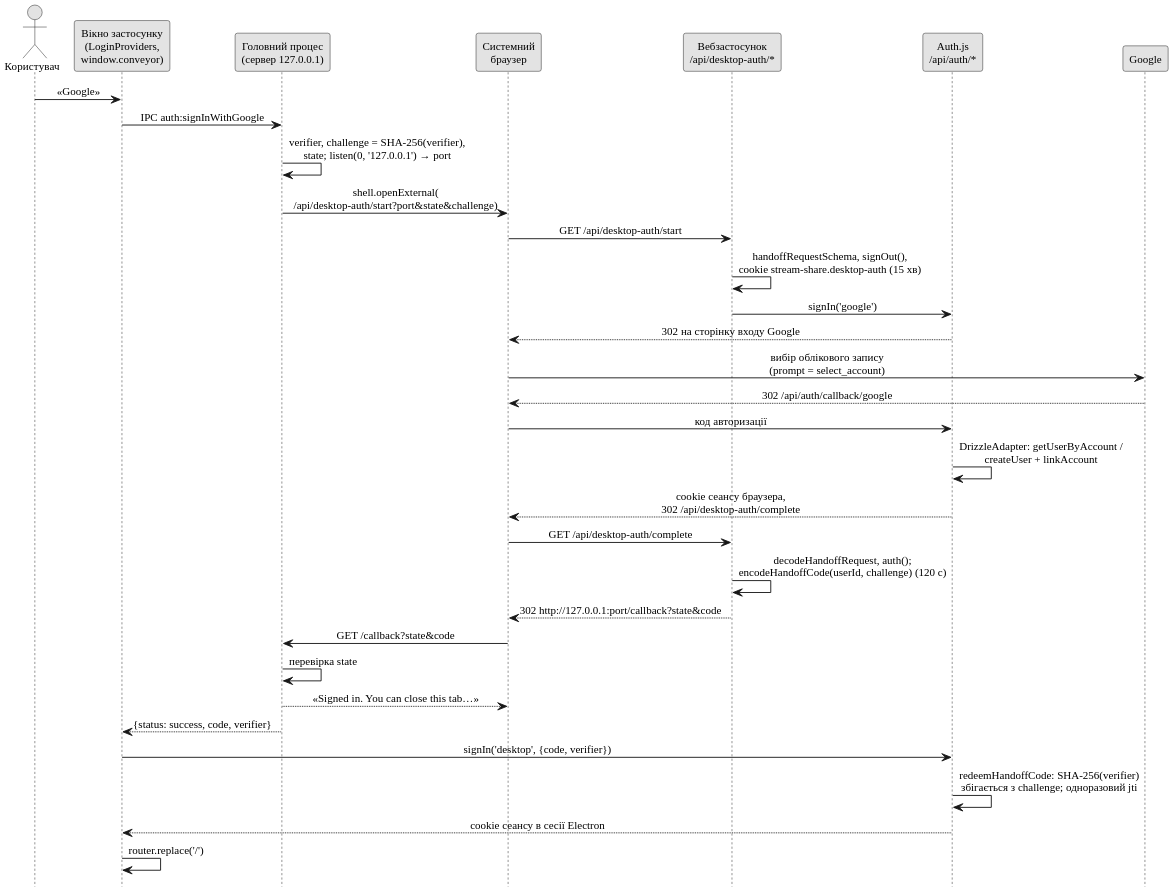
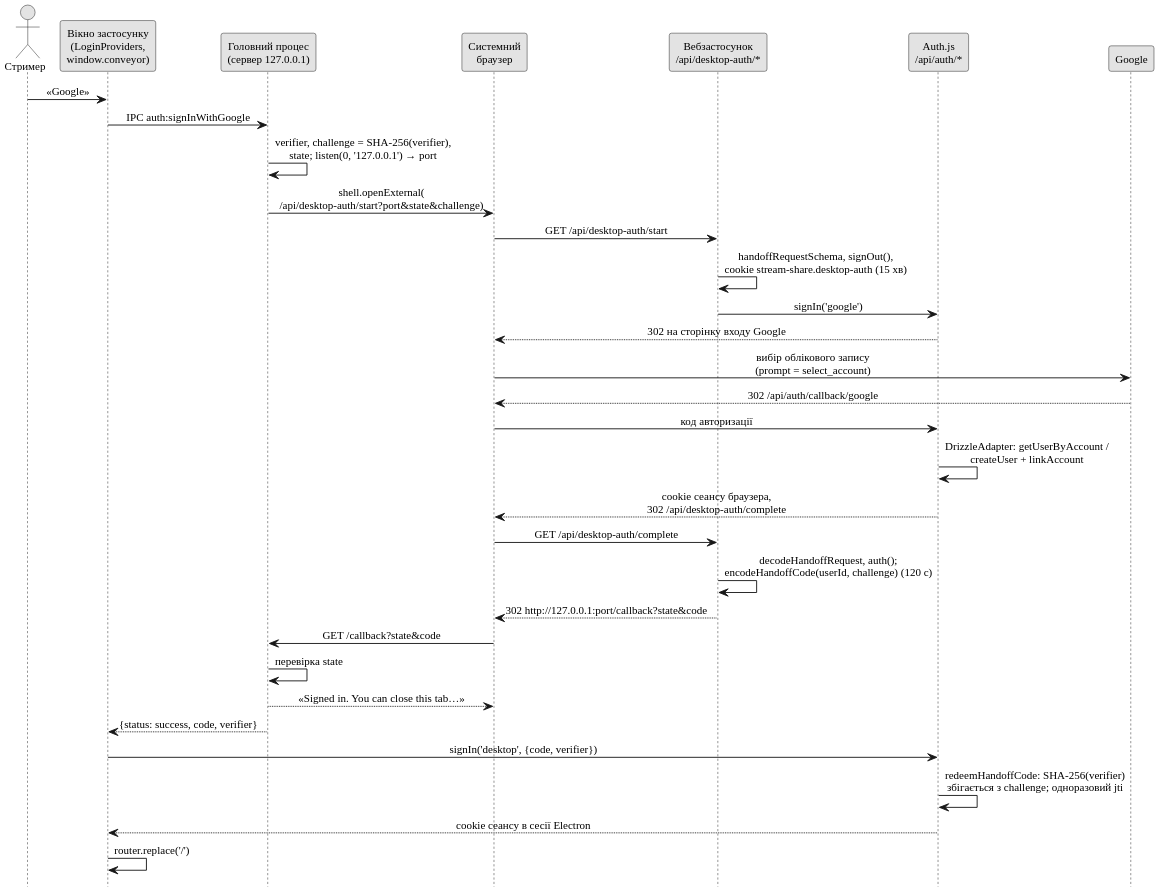
Before and after one commit to Nikitos1926/stream-share: the diagram in thesis/diagrams/fig-seq-desktop-auth.puml, drawn with PlantUML. The commit also changed 37 other files, not shown here.

```diff
--- a/thesis/diagrams/fig-seq-desktop-auth.puml
+++ b/thesis/diagrams/fig-seq-desktop-auth.puml
@@ -1,43 +1,43 @@
 @startuml
 !pragma layout smetana
 skinparam defaultFontName "Liberation Serif"
 skinparam dpi 200
 skinparam shadowing false
 skinparam monochrome true
 skinparam defaultFontSize 12
 skinparam sequenceMessageAlign center
 hide footbox
 
-actor "Користувач" as U
+actor "Стример" as U
 participant "Вікно застосунку\n(LoginProviders,\nwindow.conveyor)" as R
 participant "Головний процес\n(сервер 127.0.0.1)" as M
 participant "Системний\nбраузер" as B
 participant "Вебзастосунок\n/api/desktop-auth/*" as W
 participant "Auth.js\n/api/auth/*" as A
 participant "Google" as G
 
 U -> R : «Google»
 R -> M : IPC auth:signInWithGoogle
 M -> M : verifier, challenge = SHA-256(verifier),\nstate; listen(0, '127.0.0.1') → port
 M -> B : shell.openExternal(\n/api/desktop-auth/start?port&state&challenge)
 B -> W : GET /api/desktop-auth/start
 W -> W : handoffRequestSchema, signOut(),\ncookie stream-share.desktop-auth (15 хв)
 W -> A : signIn('google')
 A --> B : 302 на сторінку входу Google
 B -> G : вибір облікового запису\n(prompt = select_account)
 G --> B : 302 /api/auth/callback/google
 B -> A : код авторизації
 A -> A : DrizzleAdapter: getUserByAccount /\ncreateUser + linkAccount
 A --> B : cookie сеансу браузера,\n302 /api/desktop-auth/complete
 B -> W : GET /api/desktop-auth/complete
 W -> W : decodeHandoffRequest, auth();\nencodeHandoffCode(userId, challenge) (120 с)
 W --> B : 302 http://127.0.0.1:port/callback?state&code
 B -> M : GET /callback?state&code
 M -> M : перевірка state
 M --> B : «Signed in. You can close this tab…»
 M --> R : {status: success, code, verifier}
 R -> A : signIn('desktop', {code, verifier})
 A -> A : redeemHandoffCode: SHA-256(verifier)\nзбігається з challenge; одноразовий jti
 A --> R : cookie сеансу в сесії Electron
 R -> R : router.replace('/')
 @enduml
```
